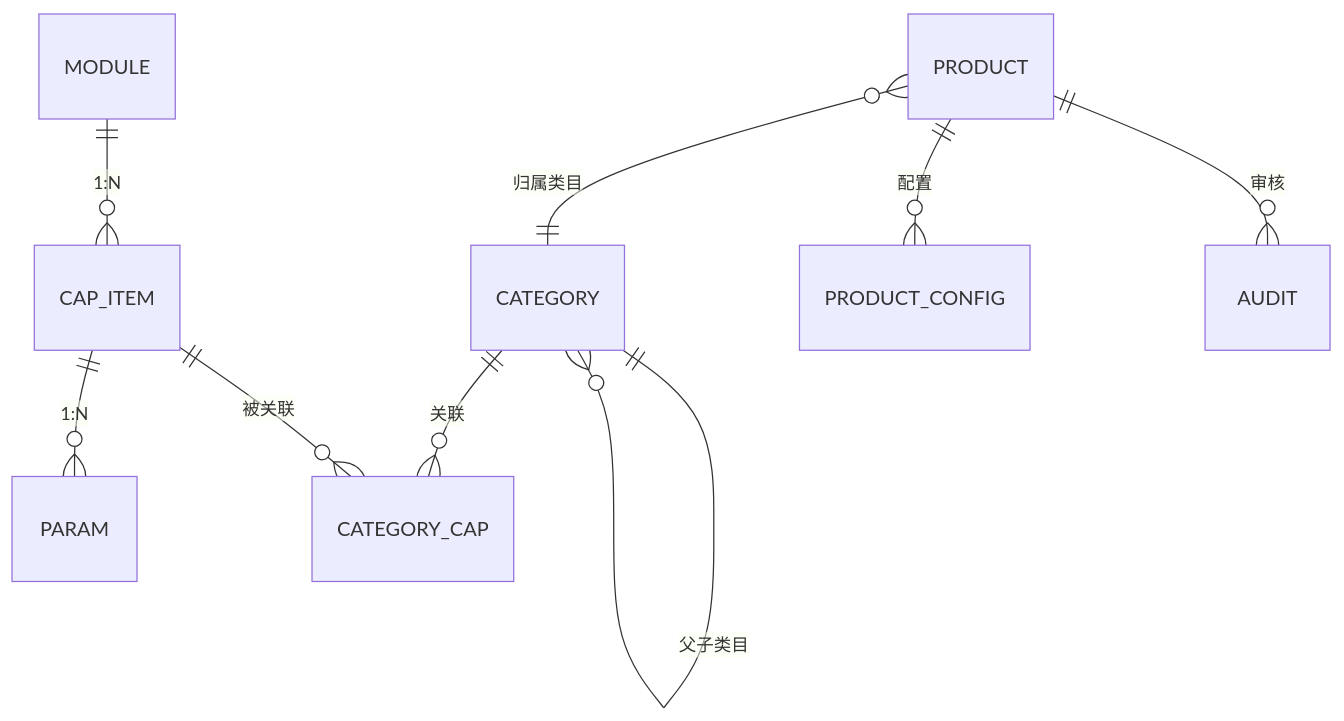
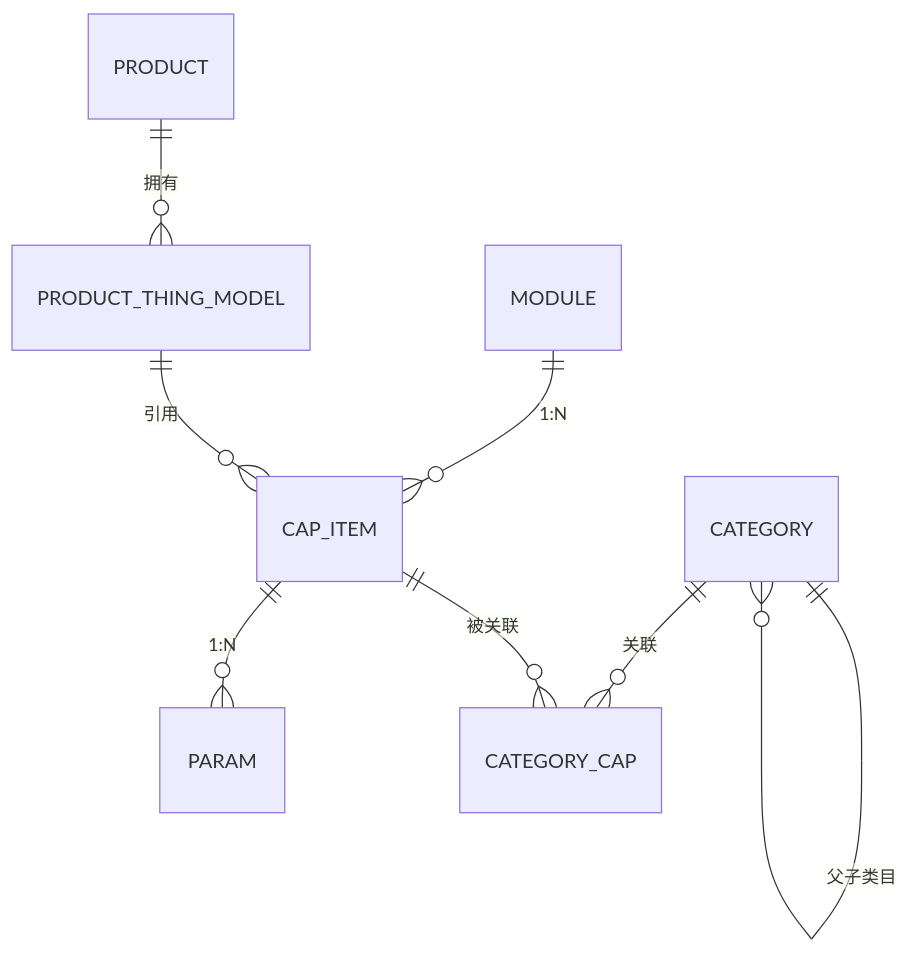
The first of 6 diagrams in docs/prd_full/生态平台物模型重构/生态平台物模型重构03PRD.md (hongtao-l/platform), drawn with Mermaid before and after one commit. The commit also changed other lines of this file and 6 other files, not shown here.

````diff
--- a/docs/prd_full/生态平台物模型重构/生态平台物模型重构03PRD.md
+++ b/docs/prd_full/生态平台物模型重构/生态平台物模型重构03PRD.md
@@ -93,11 +92,10 @@
 ```mermaid
 erDiagram
     MODULE ||--o{ CAP_ITEM : "1:N"
     CAP_ITEM ||--o{ PARAM : "1:N"
     CATEGORY ||--o{ CATEGORY : "父子类目"
     CATEGORY ||--o{ CATEGORY_CAP : "关联"
     CAP_ITEM ||--o{ CATEGORY_CAP : "被关联"
-    PRODUCT }o--|| CATEGORY : "归属类目"
-    PRODUCT ||--o{ PRODUCT_CONFIG : "配置"
-    PRODUCT ||--o{ AUDIT : "审核"
+    PRODUCT ||--o{ PRODUCT_THING_MODEL : "拥有"
+    PRODUCT_THING_MODEL ||--o{ CAP_ITEM : "引用"
 ```
````
